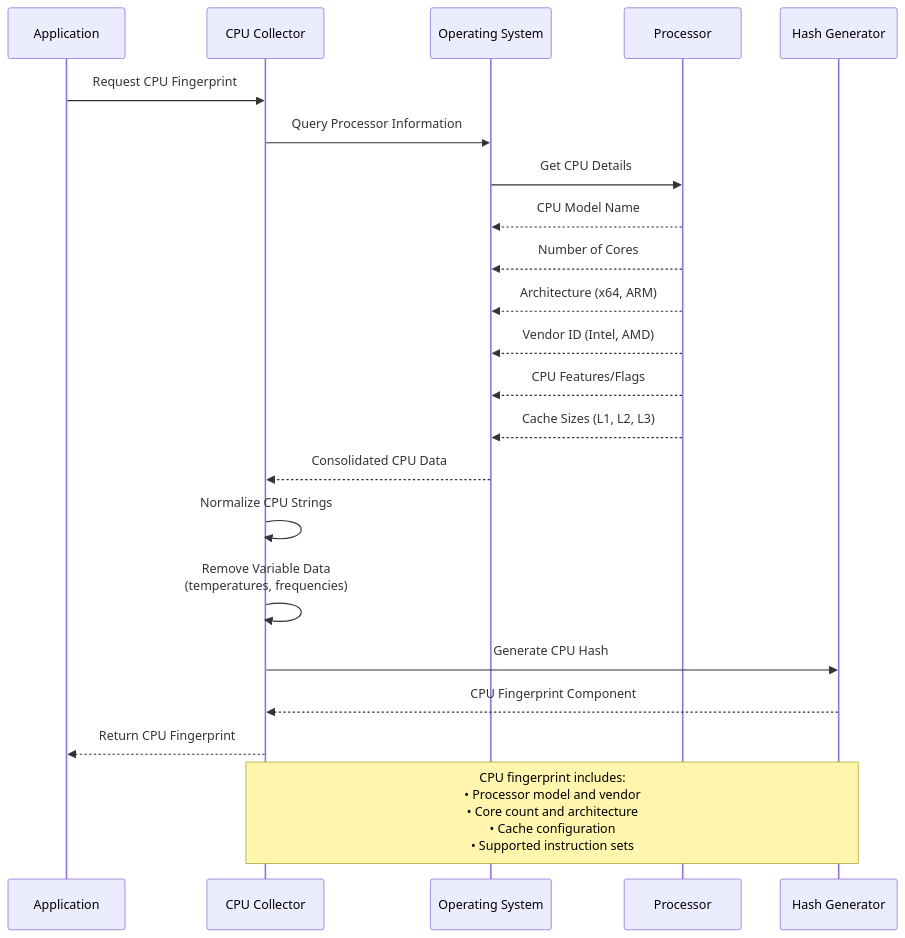
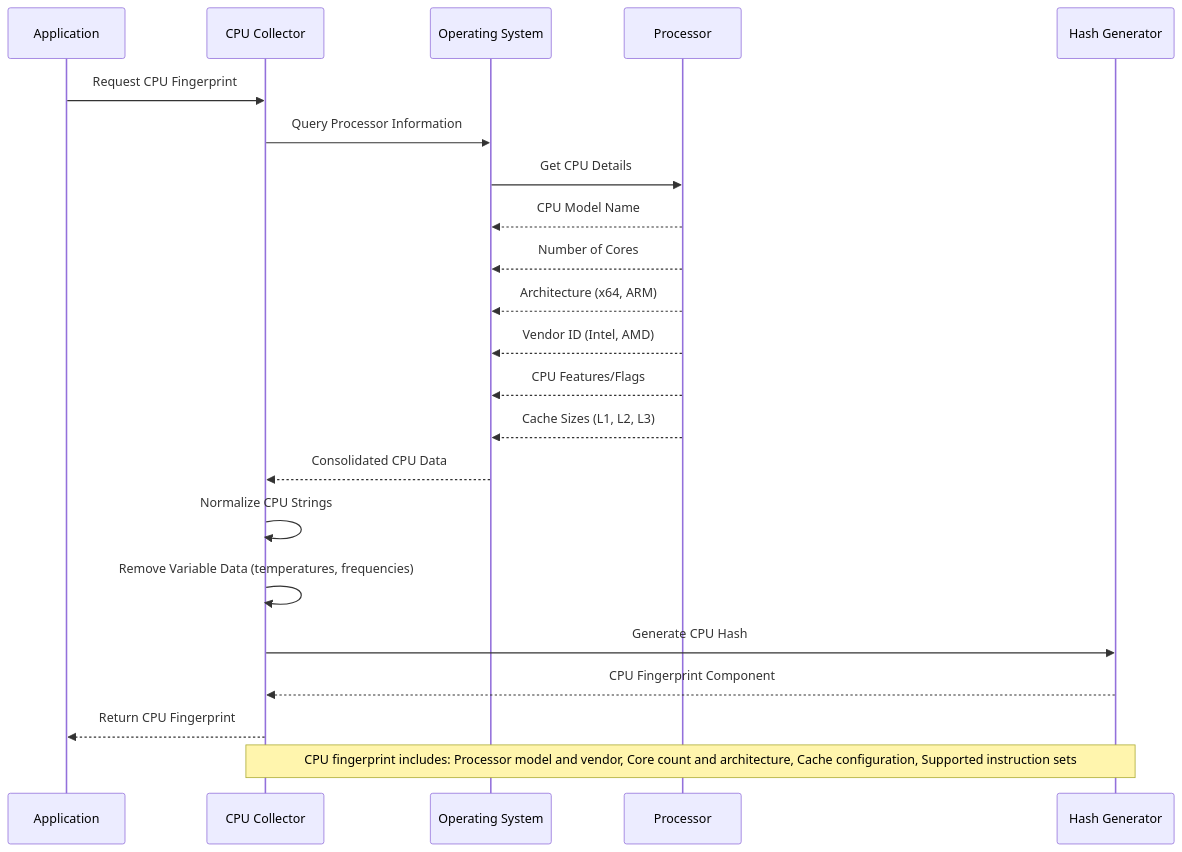
One commit to Johnsonajibi/DeviceFingerprinting changed the third of 7 diagrams in README.md. Above: the diagram before and after it, drawn with Mermaid. The commit also changed other lines of this file, not shown here.

First line of the commit message:
Fix Mermaid diagram syntax errors

````diff
--- a/README.md
+++ b/README.md
@@ -164,28 +164,28 @@
 ```mermaid
 sequenceDiagram
     participant App as Application
     participant CPUCol as CPU Collector
     participant OS as Operating System
     participant Proc as Processor
     participant Hash as Hash Generator
     
     App->>CPUCol: Request CPU Fingerprint
     CPUCol->>OS: Query Processor Information
     OS->>Proc: Get CPU Details
     
     Proc-->>OS: CPU Model Name
     Proc-->>OS: Number of Cores
     Proc-->>OS: Architecture (x64, ARM)
     Proc-->>OS: Vendor ID (Intel, AMD)
     Proc-->>OS: CPU Features/Flags
     Proc-->>OS: Cache Sizes (L1, L2, L3)
     
     OS-->>CPUCol: Consolidated CPU Data
     CPUCol->>CPUCol: Normalize CPU Strings
-    CPUCol->>CPUCol: Remove Variable Data<br/>(temperatures, frequencies)
+    CPUCol->>CPUCol: Remove Variable Data (temperatures, frequencies)
     CPUCol->>Hash: Generate CPU Hash
     Hash-->>CPUCol: CPU Fingerprint Component
     CPUCol-->>App: Return CPU Fingerprint
     
-    Note over CPUCol,Hash: CPU fingerprint includes:<br/>• Processor model and vendor<br/>• Core count and architecture<br/>• Cache configuration<br/>• Supported instruction sets
+    Note over CPUCol,Hash: CPU fingerprint includes: Processor model and vendor, Core count and architecture, Cache configuration, Supported instruction sets
 ```
````
